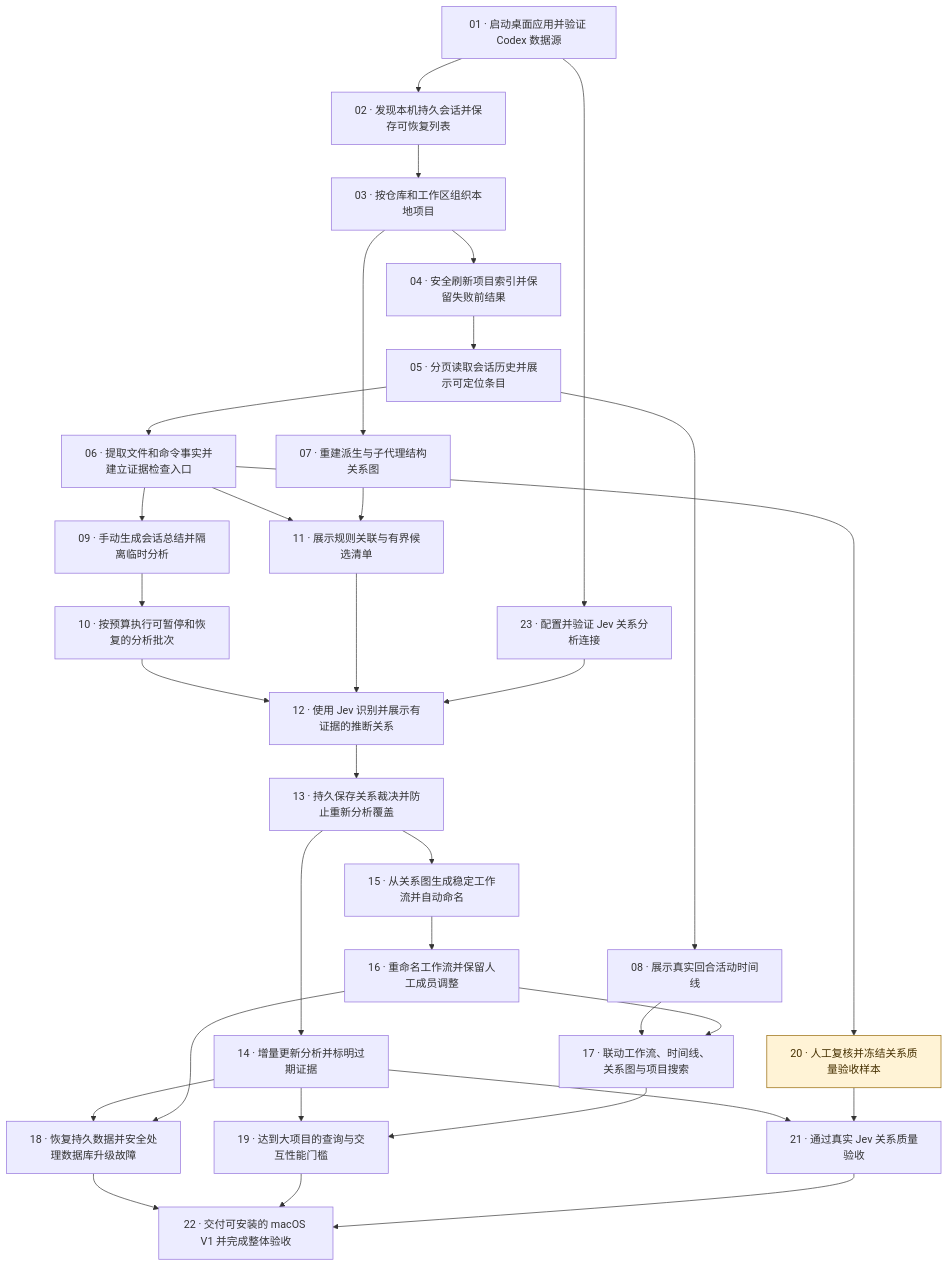
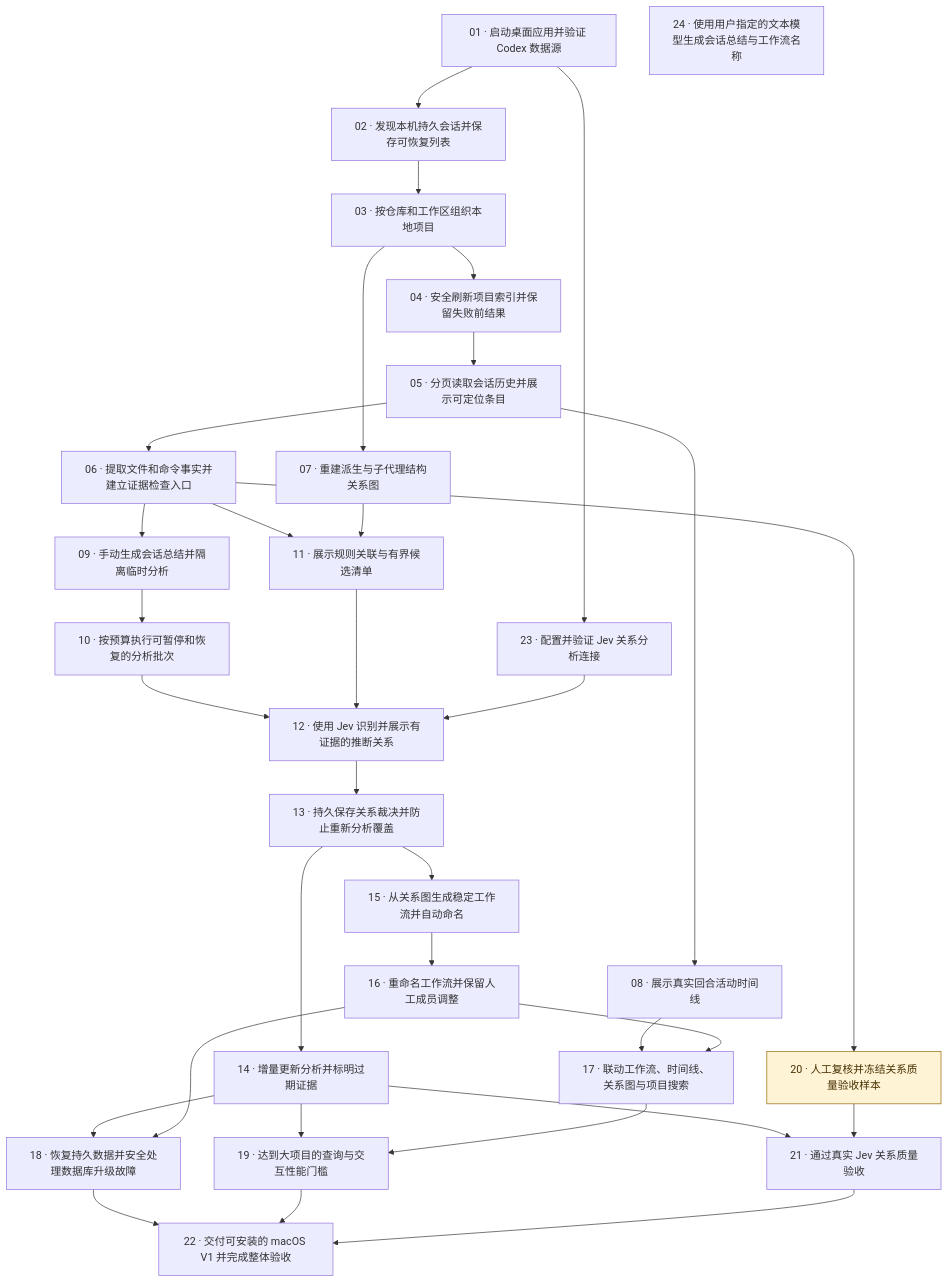
One commit to jinghonh/CodexFlow changed the diagram in docs/TICKETS.md. Above: the diagram before and after it, drawn with Mermaid. The commit also changed other lines of this file, not shown here.

````diff
--- a/docs/TICKETS.md
+++ b/docs/TICKETS.md
@@ -209,59 +219,60 @@
 ```mermaid
 flowchart TD
   T1["01 · 启动桌面应用并验证 Codex 数据源"]
   T2["02 · 发现本机持久会话并保存可恢复列表"]
   T3["03 · 按仓库和工作区组织本地项目"]
   T4["04 · 安全刷新项目索引并保留失败前结果"]
   T5["05 · 分页读取会话历史并展示可定位条目"]
   T6["06 · 提取文件和命令事实并建立证据检查入口"]
   T7["07 · 重建派生与子代理结构关系图"]
   T8["08 · 展示真实回合活动时间线"]
   T9["09 · 手动生成会话总结并隔离临时分析"]
   T10["10 · 按预算执行可暂停和恢复的分析批次"]
   T11["11 · 展示规则关联与有界候选清单"]
   T12["12 · 使用 Jev 识别并展示有证据的推断关系"]
   T13["13 · 持久保存关系裁决并防止重新分析覆盖"]
   T14["14 · 增量更新分析并标明过期证据"]
   T15["15 · 从关系图生成稳定工作流并自动命名"]
   T16["16 · 重命名工作流并保留人工成员调整"]
   T17["17 · 联动工作流、时间线、关系图与项目搜索"]
   T18["18 · 恢复持久数据并安全处理数据库升级故障"]
   T19["19 · 达到大项目的查询与交互性能门槛"]
   T20["20 · 人工复核并冻结关系质量验收样本"]
   T21["21 · 通过真实 Jev 关系质量验收"]
   T22["22 · 交付可安装的 macOS V1 并完成整体验收"]
   T23["23 · 配置并验证 Jev 关系分析连接"]
+  T24["24 · 使用用户指定的文本模型生成会话总结与工作流名称"]
   T1 --> T2
   T2 --> T3
   T3 --> T4
   T4 --> T5
   T5 --> T6
   T3 --> T7
   T5 --> T8
   T6 --> T9
   T9 --> T10
   T6 --> T11
   T7 --> T11
   T10 --> T12
   T11 --> T12
   T23 --> T12
   T12 --> T13
   T13 --> T14
   T13 --> T15
   T15 --> T16
   T8 --> T17
   T16 --> T17
   T14 --> T18
   T16 --> T18
   T14 --> T19
   T17 --> T19
   T6 --> T20
   T14 --> T21
   T20 --> T21
   T18 --> T22
   T19 --> T22
   T21 --> T22
   T1 --> T23
   classDef human fill:#fff3d6,stroke:#936500,color:#463000
   class T20 human
 ```
````
